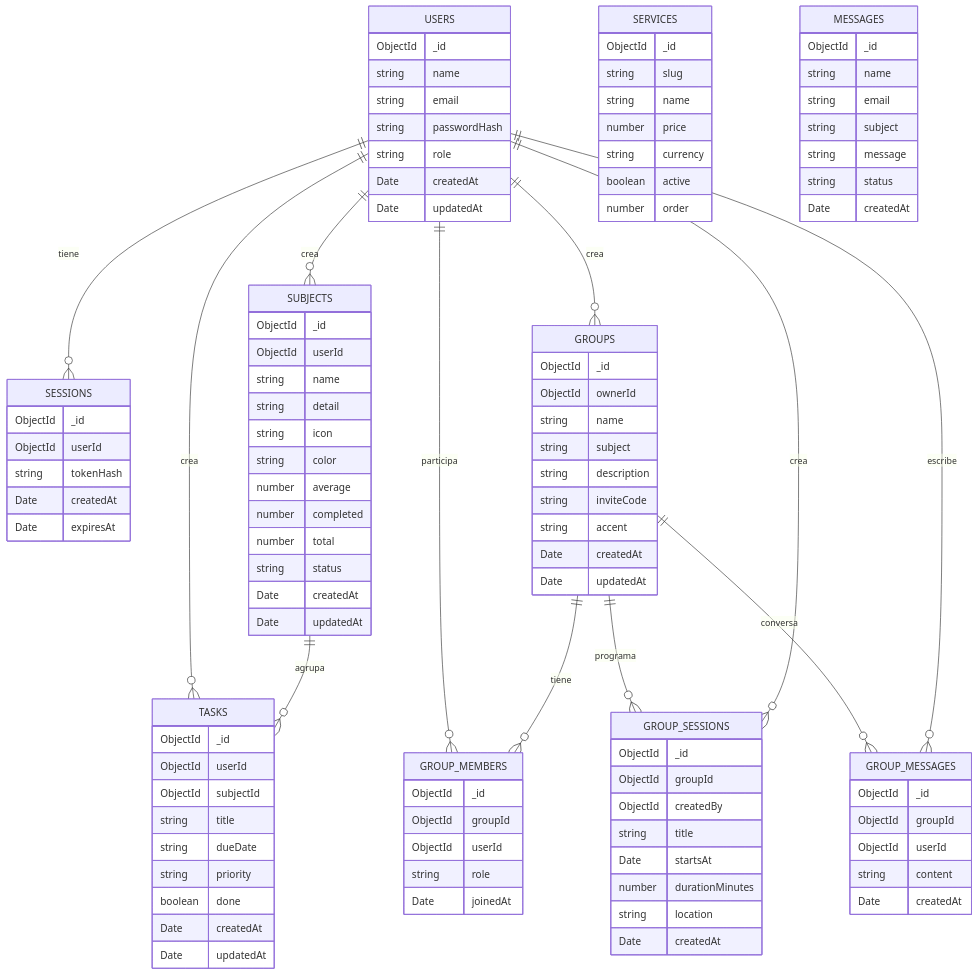
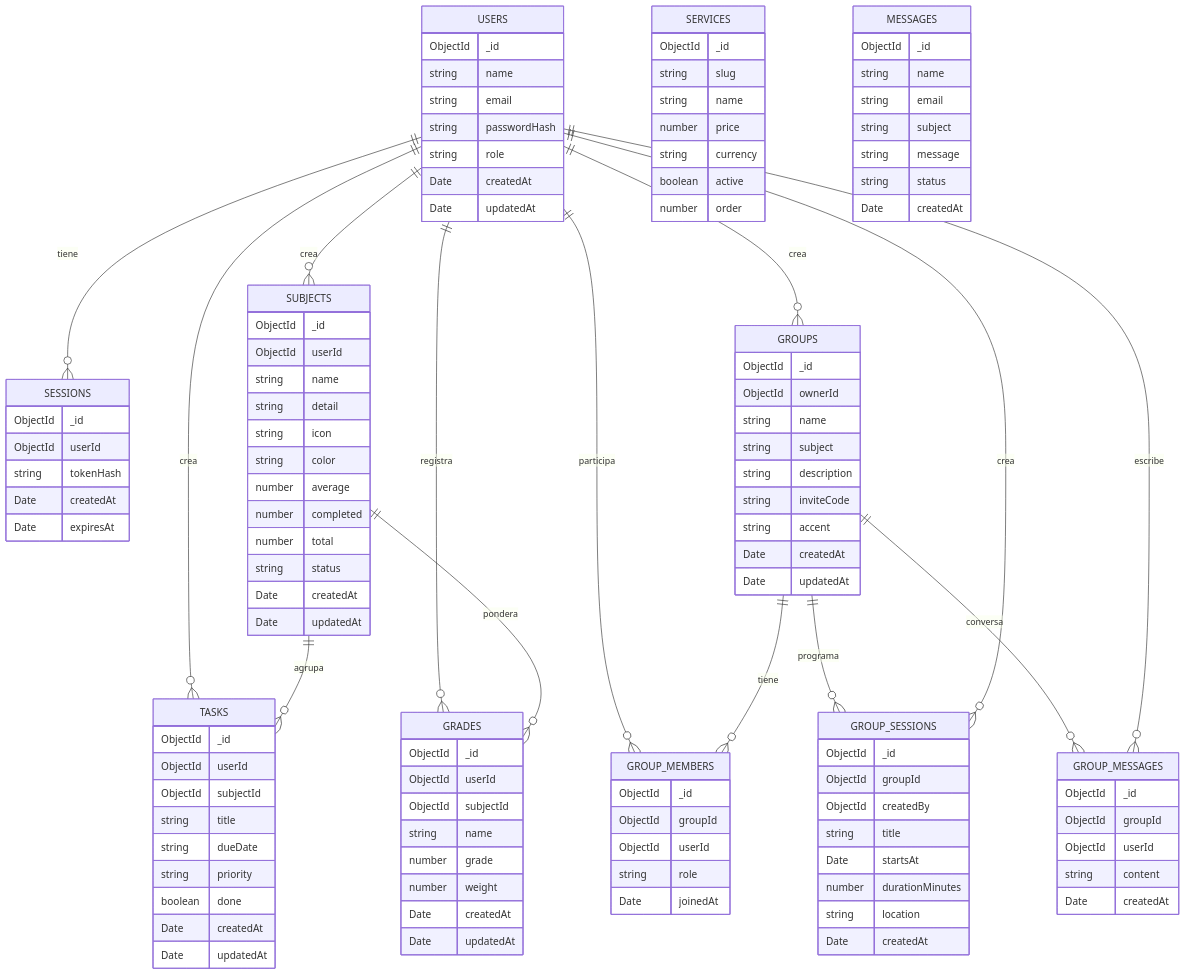
Before and after one commit to Daikiri-Alter-Account/Kiday-Academy: the diagram in docs/base-de-datos.md, drawn with Mermaid. The commit also changed other lines of this file and 9 other files, not shown here.

Commit message:
feat(averager): persist weighted grades by subject

```diff
--- a/docs/base-de-datos.md
+++ b/docs/base-de-datos.md
@@ -10,6 +10,8 @@
     USERS ||--o{ SUBJECTS : "crea"
     USERS ||--o{ TASKS : "crea"
     SUBJECTS ||--o{ TASKS : "agrupa"
+    USERS ||--o{ GRADES : "registra"
+    SUBJECTS ||--o{ GRADES : "pondera"
     USERS ||--o{ GROUPS : "crea"
     USERS ||--o{ GROUP_MEMBERS : "participa"
     GROUPS ||--o{ GROUP_MEMBERS : "tiene"
@@ -55,6 +57,16 @@
         string dueDate
         string priority
         boolean done
+        Date createdAt
+        Date updatedAt
+    }
+    GRADES {
+        ObjectId _id
+        ObjectId userId
+        ObjectId subjectId
+        string name
+        number grade
+        number weight
         Date createdAt
         Date updatedAt
     }
```
